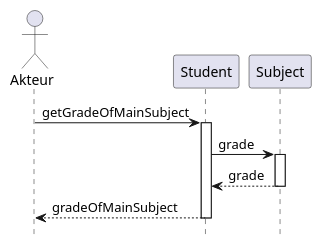
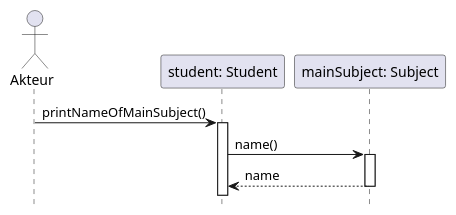
One commit to MaximilianHertenstein/tgi_12 changed the diagram in infomaterial/theorie/sequenzdiagramme_2/s3.puml. Above: the diagram before and after it, drawn with PlantUML. The commit also changed 306 other files, not shown here.

```diff
--- a/infomaterial/theorie/sequenzdiagramme_2/s3.puml
+++ b/infomaterial/theorie/sequenzdiagramme_2/s3.puml
@@ -1,9 +1,12 @@
 @startuml s3
 autoactivate on 
 hide footbox
 actor Akteur
-    Akteur -> Student : getGradeOfMainSubject
-    Student -> Subject : grade
-    return grade
-    return gradeOfMainSubject
+participant "student: Student" as Student
+participant "mainSubject: Subject" as Subject
+
+
+    Akteur -> Student : printNameOfMainSubject()
+    Student -> Subject : name()
+    return name
 @enduml
```
